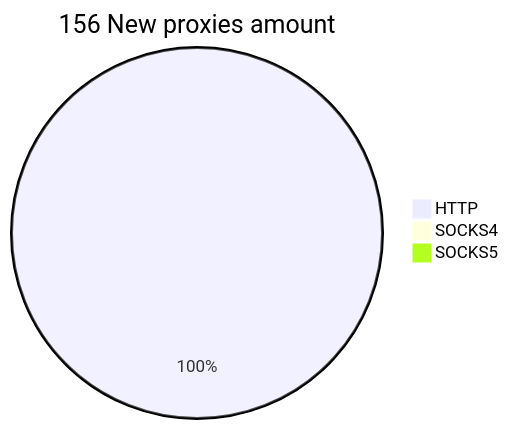
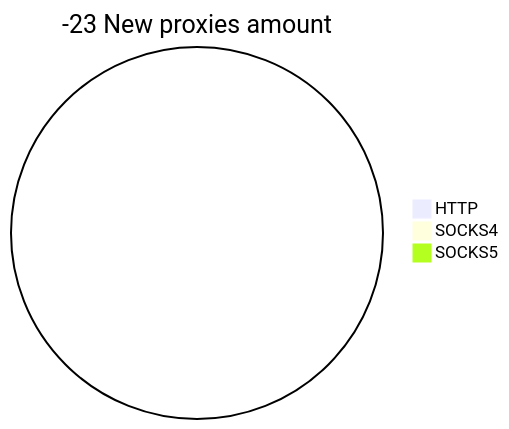
The second of 2 diagrams in README.md (cutipu/proxylist), drawn with Mermaid before and after one commit. The commit also changed other lines of this file, not shown here.

````diff
--- a/README.md
+++ b/README.md
@@ -10,6 +10,6 @@
 ```mermaid
-pie title 156 New proxies amount
-    "HTTP" : 210
+pie title -23 New proxies amount
+    "HTTP" : 0
     "SOCKS4" : 0
-    "SOCKS5" : 1
+    "SOCKS5" : 0
 ```
````
